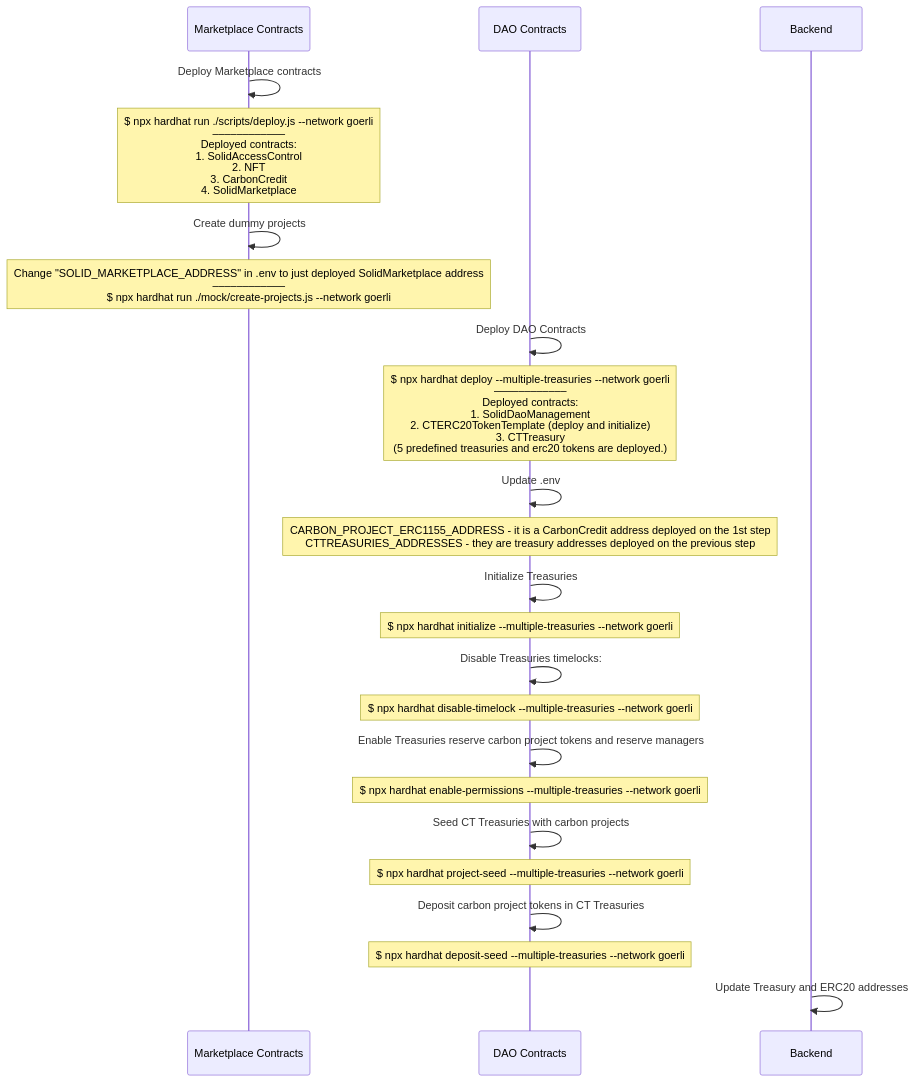
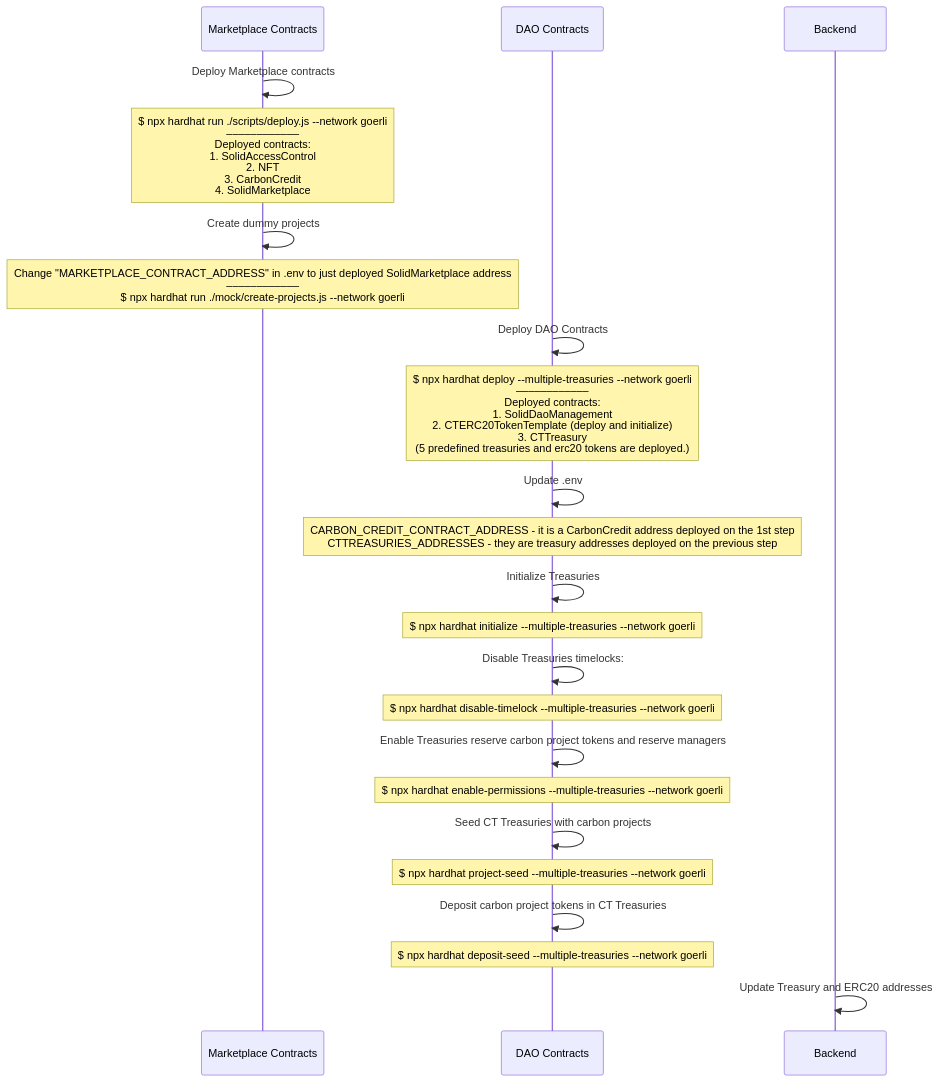
The diagram in docs/testnet-deployment-flow.md (solid-world/solid-world-dao-contracts), drawn with Mermaid before and after one commit.

````diff
--- a/docs/testnet-deployment-flow.md
+++ b/docs/testnet-deployment-flow.md
@@ -1,25 +1,25 @@
 ```mermaid
 sequenceDiagram
     participant market as Marketplace Contracts
     participant dao as DAO Contracts
     participant Backend
     market->>market: Deploy Marketplace contracts
     Note over market: $ npx hardhat run ./scripts/deploy.js --network goerli <br>––––––––––––<br>Deployed contracts: <br>1. SolidAccessControl <br>2. NFT <br>3. CarbonCredit <br>4. SolidMarketplace
     market->>market: Create dummy projects
-    Note over market: Change "SOLID_MARKETPLACE_ADDRESS" in .env to just deployed SolidMarketplace address<br>––––––––––––<br>$ npx hardhat run ./mock/create-projects.js  --network goerli
+    Note over market: Change "MARKETPLACE_CONTRACT_ADDRESS" in .env to just deployed SolidMarketplace address<br>––––––––––––<br>$ npx hardhat run ./mock/create-projects.js  --network goerli
     dao->>dao: Deploy DAO Contracts
     Note over dao: $ npx hardhat deploy --multiple-treasuries --network goerli <br>––––––––––––<br>Deployed contracts: <br>1. SolidDaoManagement<br> 2. CTERC20TokenTemplate (deploy and initialize)<br> 3. CTTreasury<br> (5 predefined treasuries and erc20 tokens are deployed.)
     dao->>dao: Update .env
-    Note over dao: CARBON_PROJECT_ERC1155_ADDRESS - it is a CarbonCredit address deployed on the 1st step<br>CTTREASURIES_ADDRESSES - they are treasury addresses deployed on the previous step
+    Note over dao: CARBON_CREDIT_CONTRACT_ADDRESS - it is a CarbonCredit address deployed on the 1st step<br>CTTREASURIES_ADDRESSES - they are treasury addresses deployed on the previous step
     dao->>dao: Initialize Treasuries
     Note over dao: $ npx hardhat initialize --multiple-treasuries --network goerli
     dao->>dao: Disable Treasuries timelocks:
     Note over dao: $ npx hardhat disable-timelock --multiple-treasuries --network goerli
     dao->>dao: Enable Treasuries reserve carbon project tokens and reserve managers
     Note over dao: $ npx hardhat enable-permissions --multiple-treasuries --network goerli
     dao->>dao: Seed CT Treasuries with carbon projects
     Note over dao: $ npx hardhat project-seed --multiple-treasuries --network goerli
     dao->>dao: Deposit carbon project tokens in CT Treasuries
     Note over dao: $ npx hardhat deposit-seed --multiple-treasuries --network goerli
     Backend->>Backend: Update Treasury and ERC20 addresses
 ```
````
